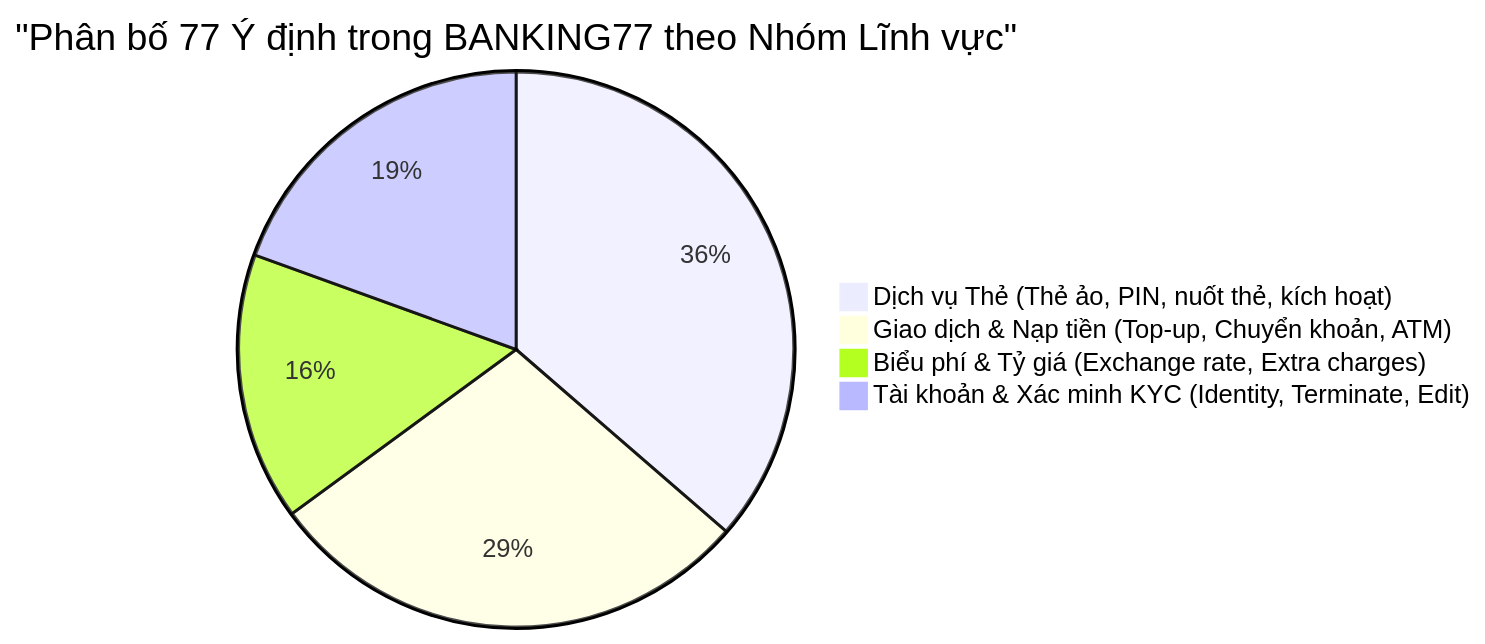
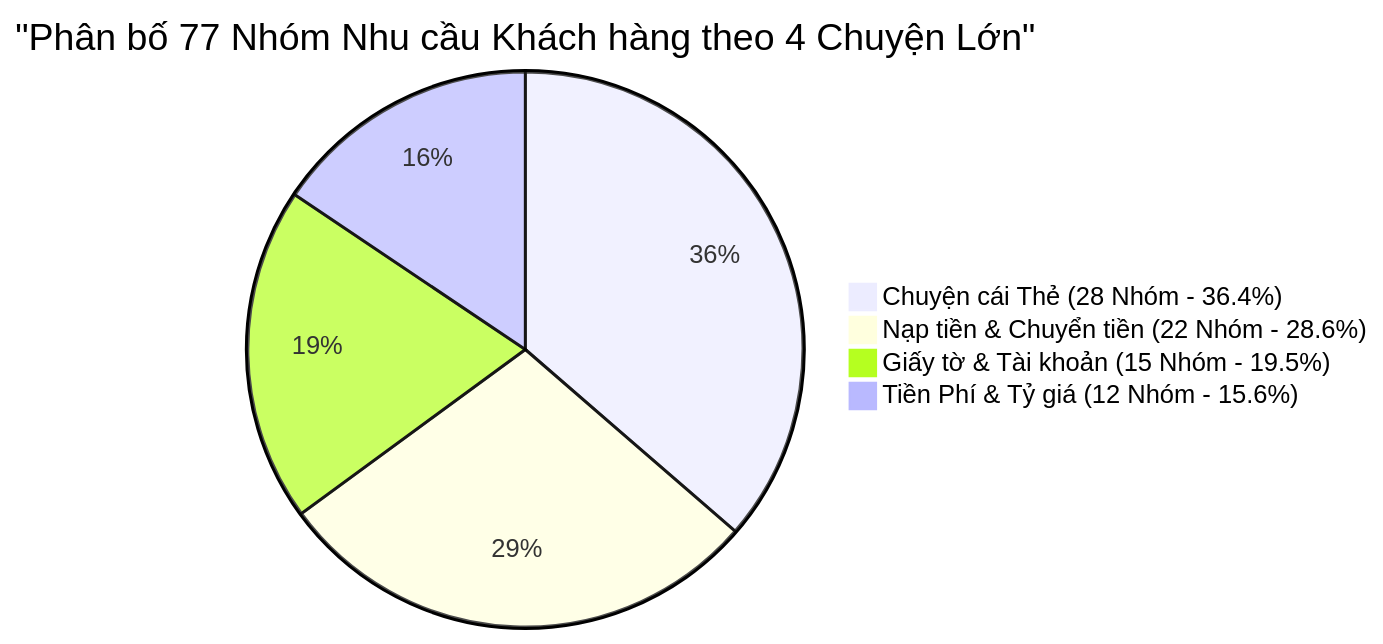
The first of 5 diagrams in BAO_CAO_TOAN_DIEN_DU_AN_BANKING77.md (ThienPhucNg-1410/Banking77), drawn with Mermaid before and after one commit. The commit also changed other lines of this file and 1 other file, not shown here.

````diff
--- a/BAO_CAO_TOAN_DIEN_DU_AN_BANKING77.md
+++ b/BAO_CAO_TOAN_DIEN_DU_AN_BANKING77.md
@@ -97,7 +128,7 @@
 ```mermaid
-pie title "Phân bố 77 Ý định trong BANKING77 theo Nhóm Lĩnh vực"
-    "Dịch vụ Thẻ (Thẻ ảo, PIN, nuốt thẻ, kích hoạt)" : 28
-    "Giao dịch & Nạp tiền (Top-up, Chuyển khoản, ATM)" : 22
-    "Biểu phí & Tỷ giá (Exchange rate, Extra charges)" : 12
-    "Tài khoản & Xác minh KYC (Identity, Terminate, Edit)" : 15
+pie title "Phân bố 77 Nhóm Nhu cầu Khách hàng theo 4 Chuyện Lớn"
+    "Chuyện cái Thẻ (28 Nhóm - 36.4%)" : 28
+    "Nạp tiền & Chuyển tiền (22 Nhóm - 28.6%)" : 22
+    "Giấy tờ & Tài khoản (15 Nhóm - 19.5%)" : 15
+    "Tiền Phí & Tỷ giá (12 Nhóm - 15.6%)" : 12
 ```
````
